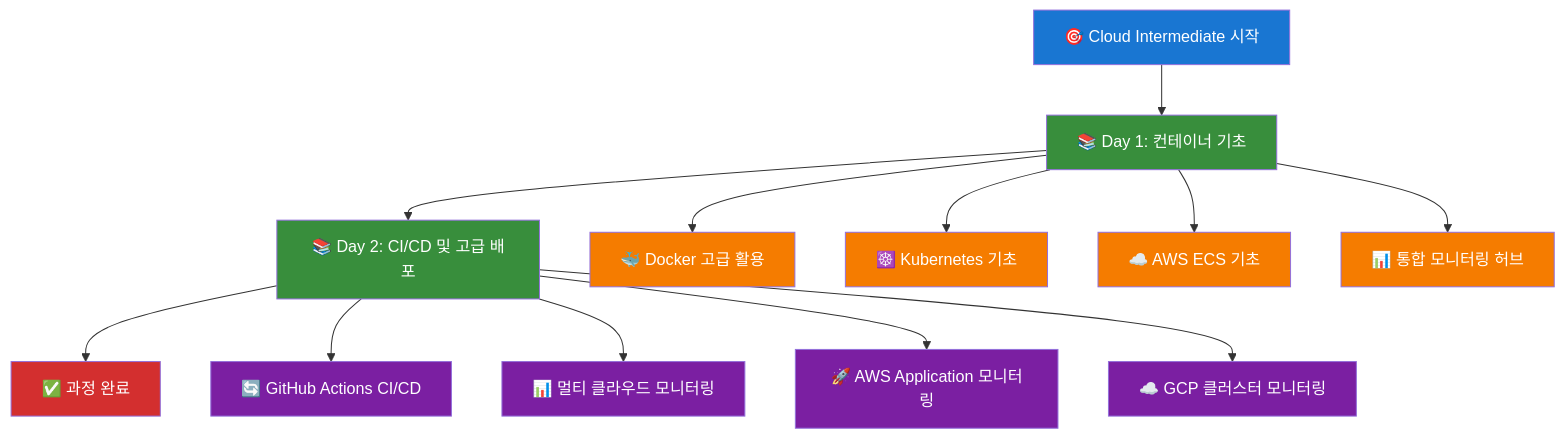
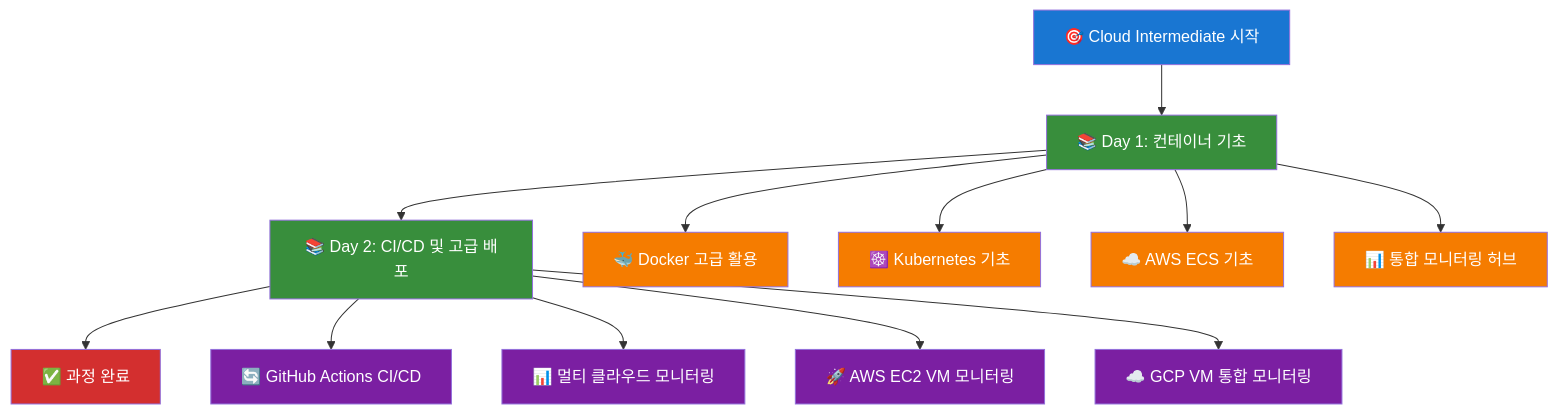
Before and after one commit to jungfrau70/mcp_cloud: the diagram in mcp_knowledge_base/cloud_intermediate/learning-path.md, drawn with Mermaid. The commit also changed other lines of this file and 27 other files, not shown here.

Commit message:
Update: 2025-10-01 06:17:00 - mcp_knowledge_base/.cursor/rules/automation-architecture.mdc and 27 more files

````diff
--- a/mcp_knowledge_base/cloud_intermediate/learning-path.md
+++ b/mcp_knowledge_base/cloud_intermediate/learning-path.md
@@ -11,29 +11,29 @@
 ```mermaid
 flowchart TD
     Start["🎯 Cloud Intermediate 시작"] --> Day1["📚 Day 1: 컨테이너 기초"]
     Day1 --> Day2["📚 Day 2: CI/CD 및 고급 배포"]
     Day2 --> Complete["✅ 과정 완료"]
     
     Day1 --> D1_1["🐳 Docker 고급 활용"]
     Day1 --> D1_2["☸️ Kubernetes 기초"]
     Day1 --> D1_3["☁️ AWS ECS 기초"]
     Day1 --> D1_4["📊 통합 모니터링 허브"]
     
     Day2 --> D2_1["🔄 GitHub Actions CI/CD"]
     Day2 --> D2_2["📊 멀티 클라우드 모니터링"]
-    Day2 --> D2_3["🚀 AWS Application 모니터링"]
-    Day2 --> D2_4["☁️ GCP 클러스터 모니터링"]
+    Day2 --> D2_3["🚀 AWS EC2 VM 모니터링"]
+    Day2 --> D2_4["☁️ GCP VM 통합 모니터링"]
     
     style Start fill:#1976d2,color:#ffffff
     style Day1 fill:#388e3c,color:#ffffff
     style Day2 fill:#388e3c,color:#ffffff
     style Complete fill:#d32f2f,color:#ffffff
     style D1_1 fill:#f57c00,color:#ffffff
     style D1_2 fill:#f57c00,color:#ffffff
     style D1_3 fill:#f57c00,color:#ffffff
     style D1_4 fill:#f57c00,color:#ffffff
     style D2_1 fill:#7b1fa2,color:#ffffff
     style D2_2 fill:#7b1fa2,color:#ffffff
     style D2_3 fill:#7b1fa2,color:#ffffff
     style D2_4 fill:#7b1fa2,color:#ffffff
 ```
````
